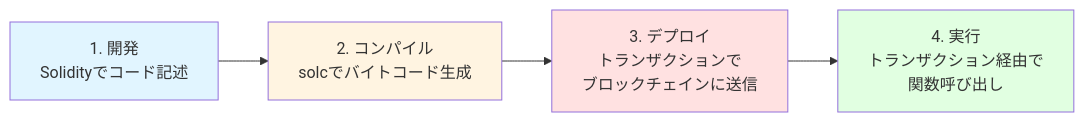
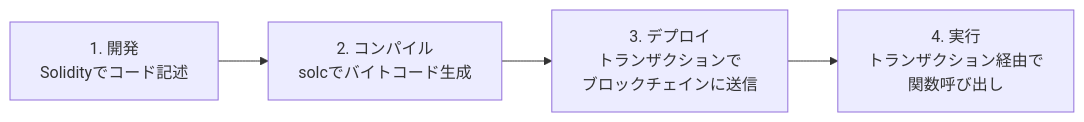
The third of 7 diagrams in books/zig-blockchain/chapter9.md (susumutomita/zenn-article), drawn with Mermaid before and after one commit. The commit also changed other lines of this file, not shown here.

````diff
--- a/books/zig-blockchain/chapter9.md
+++ b/books/zig-blockchain/chapter9.md
@@ -142,11 +139,6 @@
 ```mermaid
 graph LR
     A[1. 開発<br/>Solidityでコード記述] --> B[2. コンパイル<br/>solcでバイトコード生成]
     B --> C[3. デプロイ<br/>トランザクションで<br/>ブロックチェインに送信]
     C --> D[4. 実行<br/>トランザクション経由で<br/>関数呼び出し]
-
-    style A fill:#e1f5ff
-    style B fill:#fff4e1
-    style C fill:#ffe1e1
-    style D fill:#e1ffe1
 ```
````
